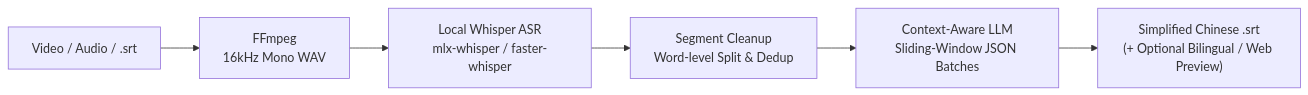
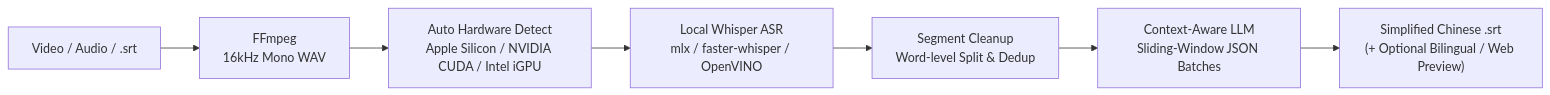
One commit to WeiLiu614/video-subtitle-translator changed the diagram in README.md. Above: the diagram before and after it, drawn with Mermaid. The commit also changed other lines of this file and 14 other files, not shown here.

Commit message:
Add Windows Intel iGPU & NVIDIA dGPU support with auto Whisper selection

````diff
--- a/README.md
+++ b/README.md
@@ -23,8 +28,9 @@
 ```mermaid
 flowchart LR
     A["Video / Audio / .srt"] --> B["FFmpeg<br/>16kHz Mono WAV"]
-    B --> C["Local Whisper ASR<br/>mlx-whisper / faster-whisper"]
-    C --> D["Segment Cleanup<br/>Word-level Split & Dedup"]
-    D --> E["Context-Aware LLM<br/>Sliding-Window JSON Batches"]
-    E --> F["Simplified Chinese .srt<br/>(+ Optional Bilingual / Web Preview)"]
+    B --> C["Auto Hardware Detect<br/>Apple Silicon / NVIDIA CUDA / Intel iGPU"]
+    C --> D["Local Whisper ASR<br/>mlx / faster-whisper / OpenVINO"]
+    D --> E["Segment Cleanup<br/>Word-level Split & Dedup"]
+    E --> F["Context-Aware LLM<br/>Sliding-Window JSON Batches"]
+    F --> G["Simplified Chinese .srt<br/>(+ Optional Bilingual / Web Preview)"]
 ```
````
